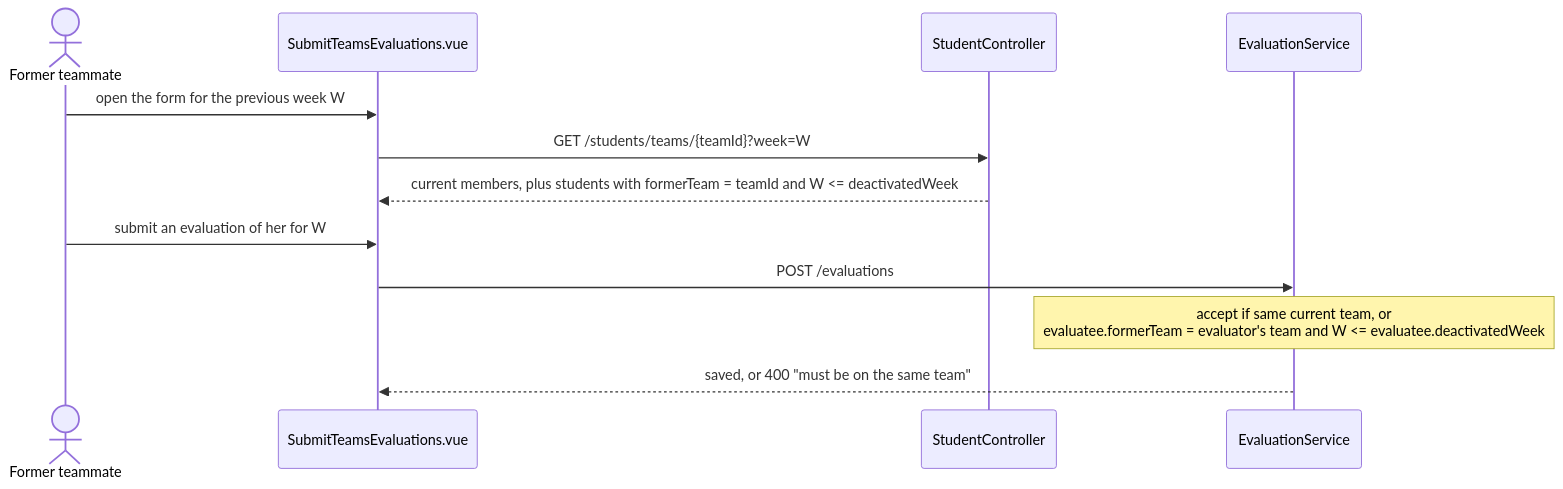
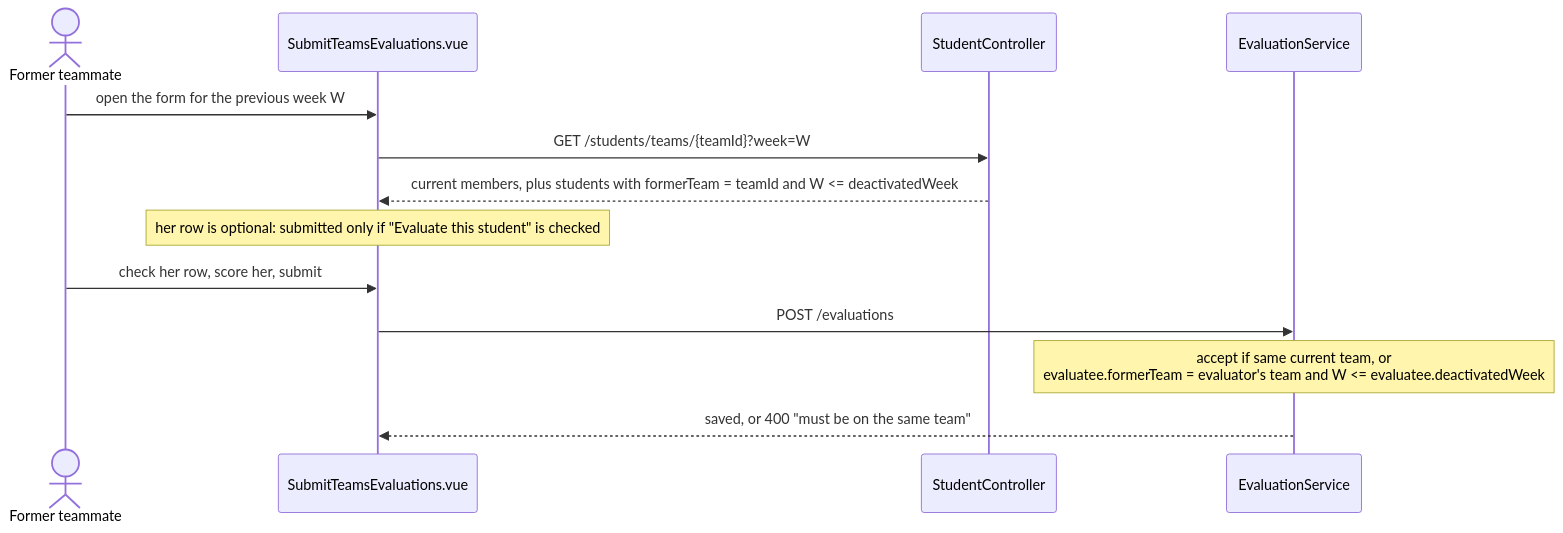
The third of 4 diagrams in docs/design/stu.md (turnerdemott/add-a-use-case), drawn with Mermaid before and after one commit. The commit also changed other lines of this file, not shown here.

````diff
--- a/docs/design/stu.md
+++ b/docs/design/stu.md
@@ -119,14 +121,15 @@
 ```mermaid
 sequenceDiagram
     actor T as Former teammate
     participant F as SubmitTeamsEvaluations.vue
     participant SC as StudentController
     participant ES as EvaluationService
     T->>F: open the form for the previous week W
     F->>SC: GET /students/teams/{teamId}?week=W
     SC-->>F: current members, plus students with formerTeam = teamId and W <= deactivatedWeek
-    T->>F: submit an evaluation of her for W
+    Note over F: her row is optional: submitted only if "Evaluate this student" is checked
+    T->>F: check her row, score her, submit
     F->>ES: POST /evaluations
     Note over ES: accept if same current team, or<br/>evaluatee.formerTeam = evaluator's team and W <= evaluatee.deactivatedWeek
     ES-->>F: saved, or 400 "must be on the same team"
 ```
````
